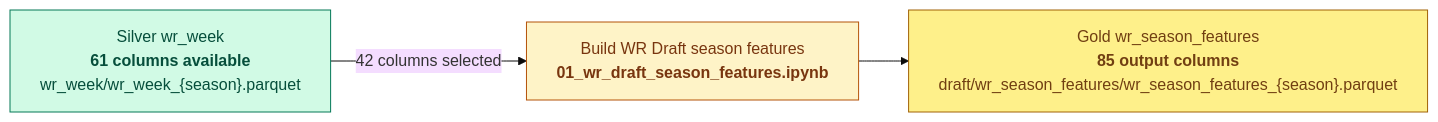
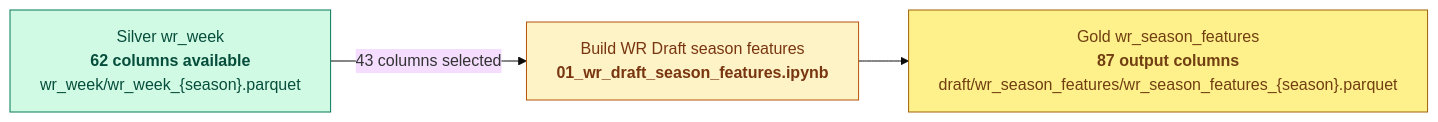
The seventh of 12 diagrams in docs/schema-evolution.md (ddarby15/nfl-dream-lab-app), drawn with Mermaid (base theme) before and after one commit. The commit also changed other lines of this file and 25 other files, not shown here.

Commit message:
update docs and roadmap

````diff
--- a/docs/schema-evolution.md
+++ b/docs/schema-evolution.md
@@ -247,18 +248,18 @@
 ```mermaid
 flowchart LR
-    S_WR["Silver wr_week<br/><b>61 columns available</b><br/>wr_week/wr_week_{season}.parquet"]
+    S_WR["Silver wr_week<br/><b>62 columns available</b><br/>wr_week/wr_week_{season}.parquet"]
 
     X_GOLD["Build WR Draft season features<br/><b>01_wr_draft_season_features.ipynb</b>"]
-    G_WR["Gold wr_season_features<br/><b>85 output columns</b><br/>draft/wr_season_features/wr_season_features_{season}.parquet"]
+    G_WR["Gold wr_season_features<br/><b>87 output columns</b><br/>draft/wr_season_features/wr_season_features_{season}.parquet"]
 
-    S_WR -->|42 columns selected| X_GOLD
+    S_WR -->|43 columns selected| X_GOLD
     X_GOLD --> G_WR
 
     classDef step fill:#fef3c7,stroke:#b45309,color:#78350f;
     classDef silver fill:#d1fae5,stroke:#047857,color:#064e3b;
     classDef gold fill:#fef08a,stroke:#a16207,color:#713f12;
 
     class S_WR silver;
     class X_GOLD step;
     class G_WR gold;
 ```
````
